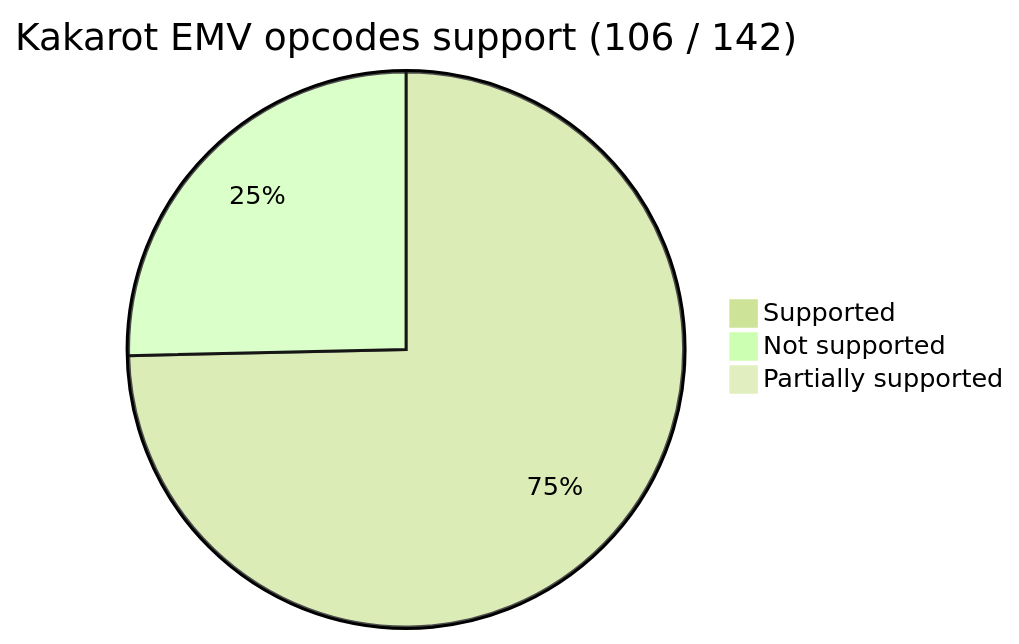
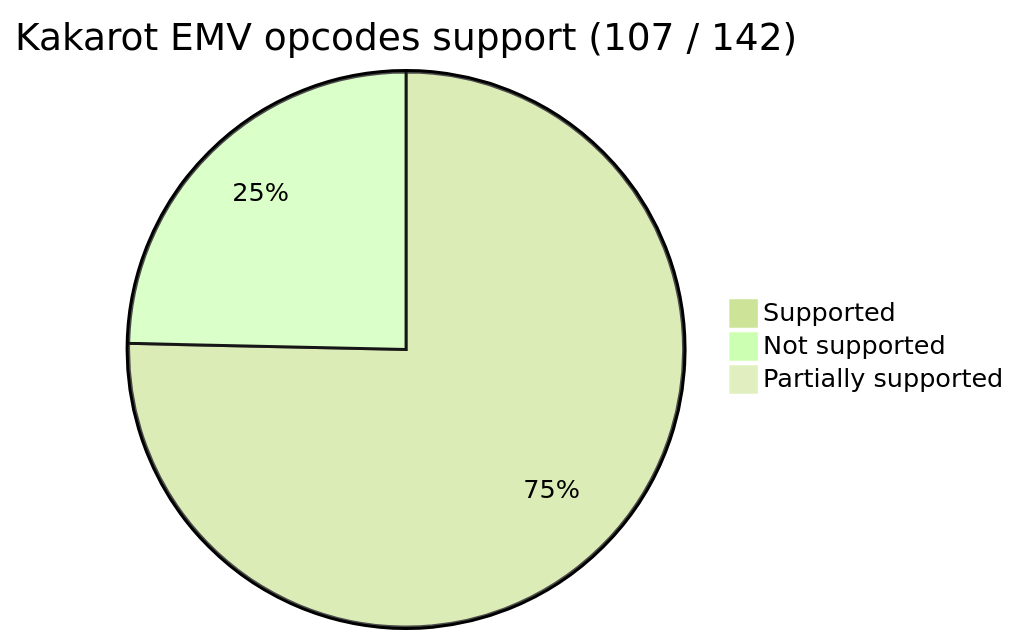
One commit to kkrt-labs/kakarot changed the first of 2 diagrams in README.md. Above: the diagram before and after it, drawn with Mermaid.

Commit message:
implemented opcode 0x48 BASEFEE

````diff
--- a/README.md
+++ b/README.md
@@ -36,9 +36,9 @@
 ```mermaid
 %%{init: {'theme': 'forest', 'themeVariables': { 'darkMode': 'false'}}}%%
 
-pie title Kakarot EMV opcodes support (106 / 142)
-    "Supported" : 106
-    "Not supported" : 36
+pie title Kakarot EMV opcodes support (107 / 142)
+    "Supported" : 107
+    "Not supported" : 35
 
     "Partially supported" : 0
 ```
````
